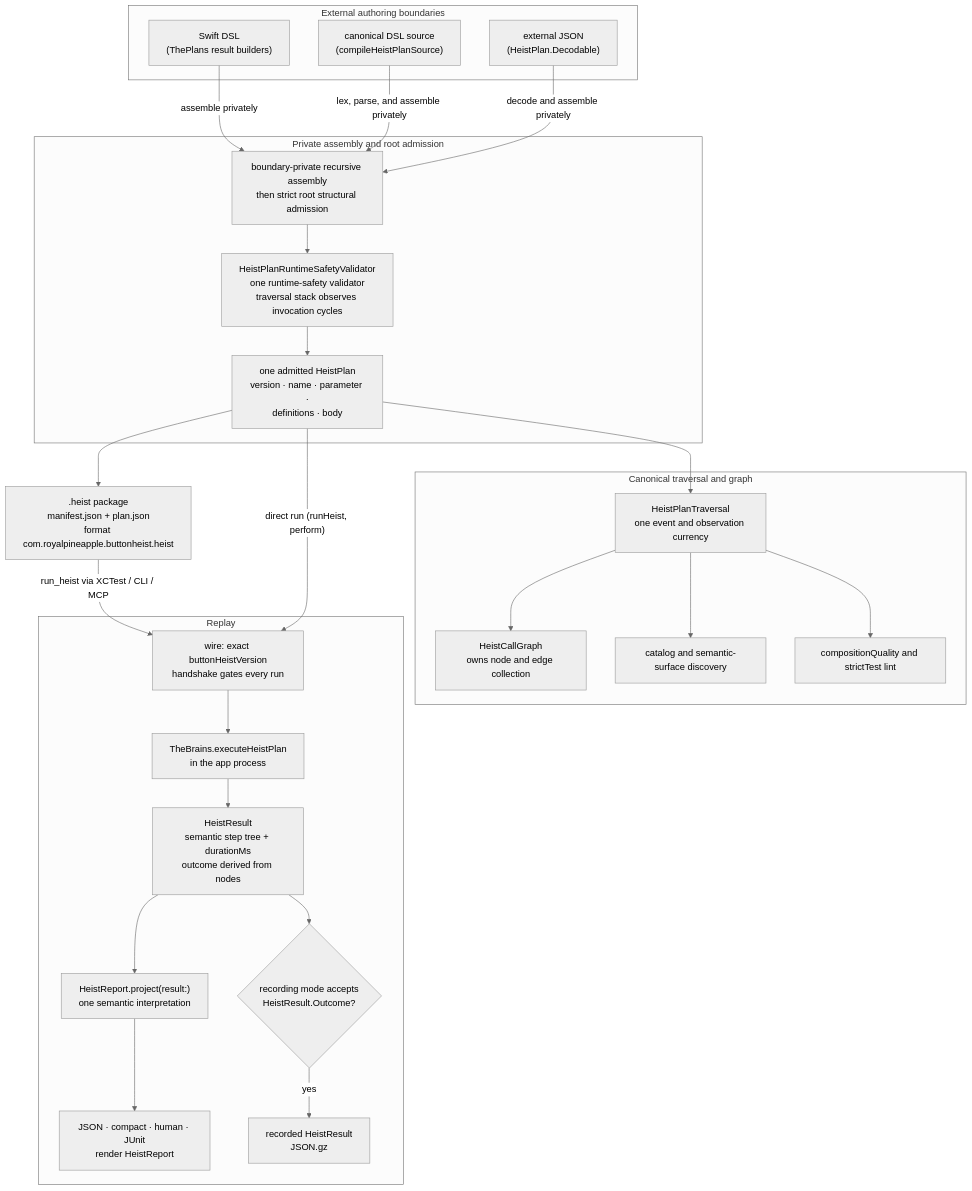
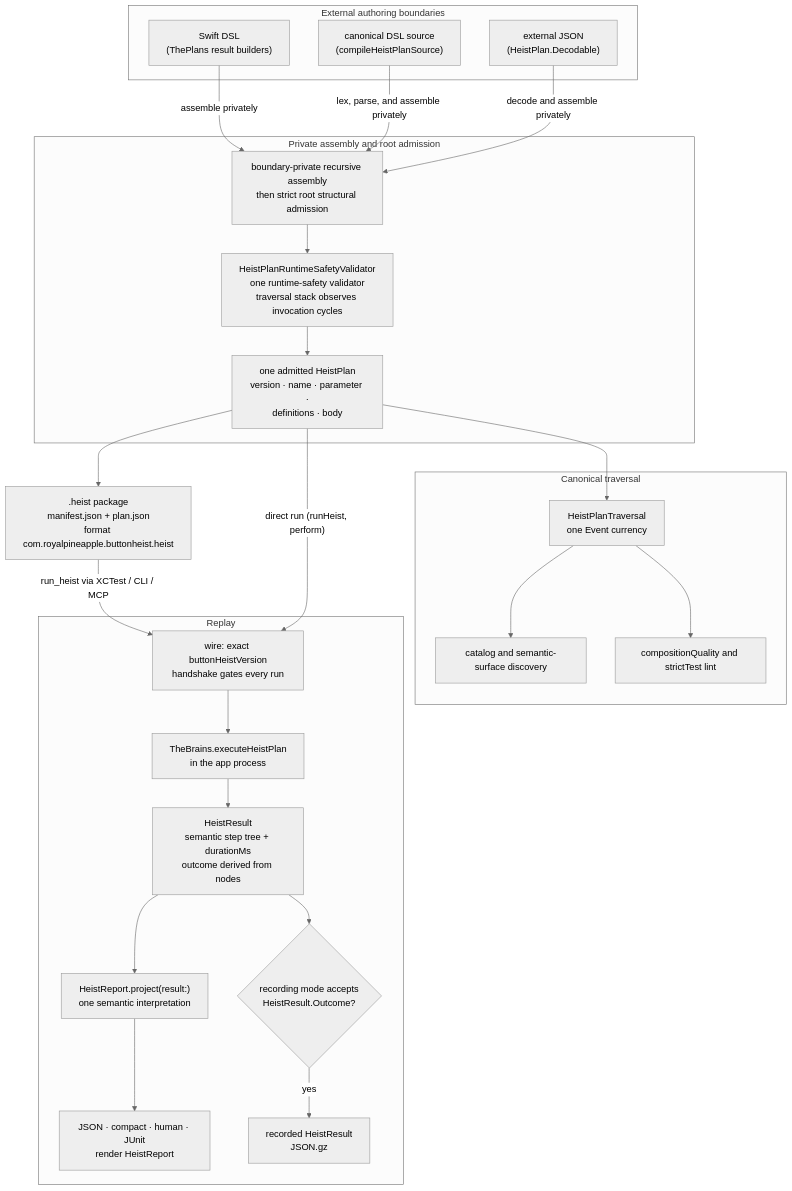
Before and after one commit to RoyalPineapple/TheButtonHeist: the diagram in docs/diagrams/heist-lifecycle.md, drawn with Mermaid (neutral theme). The commit also changed other lines of this file and 10 other files, not shown here.

Commit message:
Collapse plan traversal currencies

````diff
--- a/docs/diagrams/heist-lifecycle.md
+++ b/docs/diagrams/heist-lifecycle.md
@@ -8,50 +8,48 @@
 ```mermaid
 flowchart TD
     subgraph author["External authoring boundaries"]
         SWIFT["Swift DSL<br/>(ThePlans result builders)"]
         SOURCE["canonical DSL source<br/>(compileHeistPlanSource)"]
         JSON["external JSON<br/>(HeistPlan.Decodable)"]
     end
 
     subgraph admission["Private assembly and root admission"]
         ROOT["boundary-private recursive assembly<br/>then strict root structural admission"]
         SAFETY["HeistPlanRuntimeSafetyValidator<br/>one runtime-safety validator<br/>traversal stack observes invocation cycles"]
         PLAN["one admitted HeistPlan<br/>version · name · parameter ·<br/>definitions · body"]
         ROOT --> SAFETY --> PLAN
     end
 
-    subgraph meaning["Canonical traversal and graph"]
-        TRAVERSAL["HeistPlanTraversal<br/>one event and observation currency"]
-        GRAPH["HeistCallGraph<br/>owns node and edge collection"]
+    subgraph meaning["Canonical traversal"]
+        TRAVERSAL["HeistPlanTraversal<br/>one Event currency"]
         DISCOVERY["catalog and semantic-surface discovery"]
         LINT["compositionQuality and strictTest lint"]
         PLAN --> TRAVERSAL
-        TRAVERSAL --> GRAPH
         TRAVERSAL --> DISCOVERY
         TRAVERSAL --> LINT
     end
 
     HEIST[".heist package<br/>manifest.json + plan.json<br/>format com.royalpineapple.buttonheist.heist"]
 
     subgraph replay["Replay"]
         GATE["wire: exact buttonHeistVersion<br/>handshake gates every run"]
         BRAINS["TheBrains.executeHeistPlan<br/>in the app process"]
         RESULT["HeistResult<br/>semantic step tree + durationMs<br/>outcome derived from nodes"]
         REPORT["HeistReport.project(result:)<br/>one semantic interpretation"]
         RENDER["JSON · compact · human · JUnit<br/>render HeistReport"]
         RECORD{"recording mode accepts<br/>HeistResult.Outcome?"}
         RESULTFILE["recorded HeistResult<br/>JSON.gz"]
         GATE --> BRAINS
         BRAINS --> RESULT
         RESULT --> REPORT --> RENDER
         RESULT --> RECORD
         RECORD -->|yes| RESULTFILE
     end
 
     SWIFT -->|"assemble privately"| ROOT
     SOURCE -->|"lex, parse, and assemble privately"| ROOT
     JSON -->|"decode and assemble privately"| ROOT
     PLAN --> HEIST
     HEIST -- "run_heist via XCTest / CLI / MCP" --> GATE
     PLAN -- "direct run (runHeist, perform)" --> GATE
 ```
````
